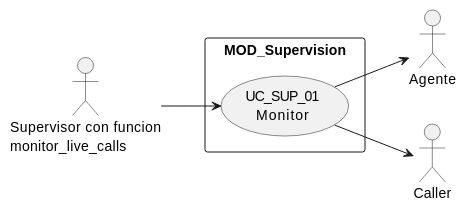
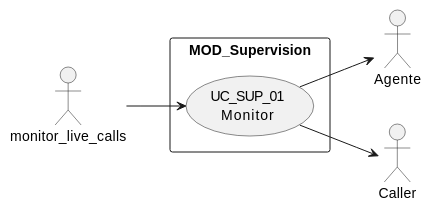
One commit to jcg-admin/IACT-docs changed the first of 4 diagrams in source/requisitos/casos-uso/supervision/uc-sup-01/diagramas-uml.rst. Above: the diagram before and after it, drawn with PlantUML. The commit also changed other lines of this file and 77 other files, not shown here.

First line of the commit message:
Enforce RBAC function names as actors in all UML diagrams

```diff
--- a/source/requisitos/casos-uso/supervision/uc-sup-01/diagramas-uml.rst
+++ b/source/requisitos/casos-uso/supervision/uc-sup-01/diagramas-uml.rst
@@ -10,14 +10,14 @@
 .. uml::
 
  @startuml
  left to right direction
- actor "Supervisor con funcion\nmonitor_live_calls" as SUP
+ actor "monitor_live_calls" as SUP
  actor "Agente" as A
  actor "Caller" as C
  rectangle "MOD_Supervision" {
    usecase "UC_SUP_01\nMonitor" as UC
  }
  SUP --> UC
  UC --> A
  UC --> C
  @enduml
```
